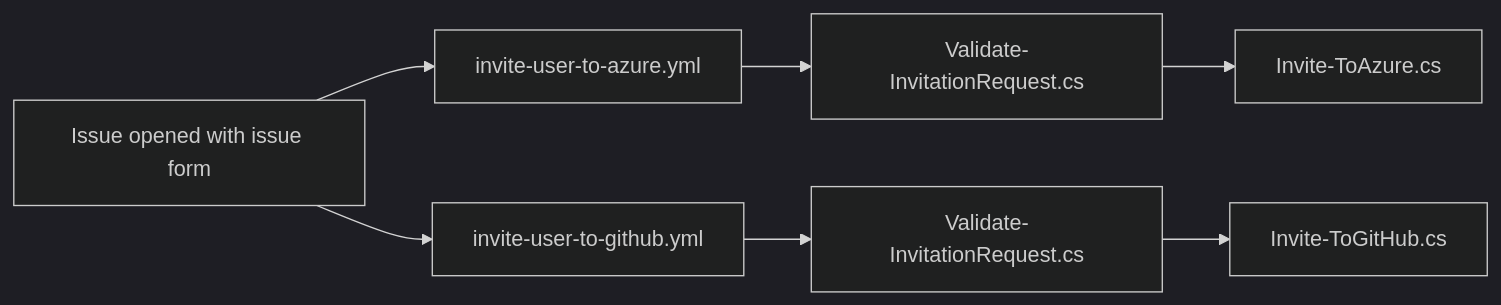
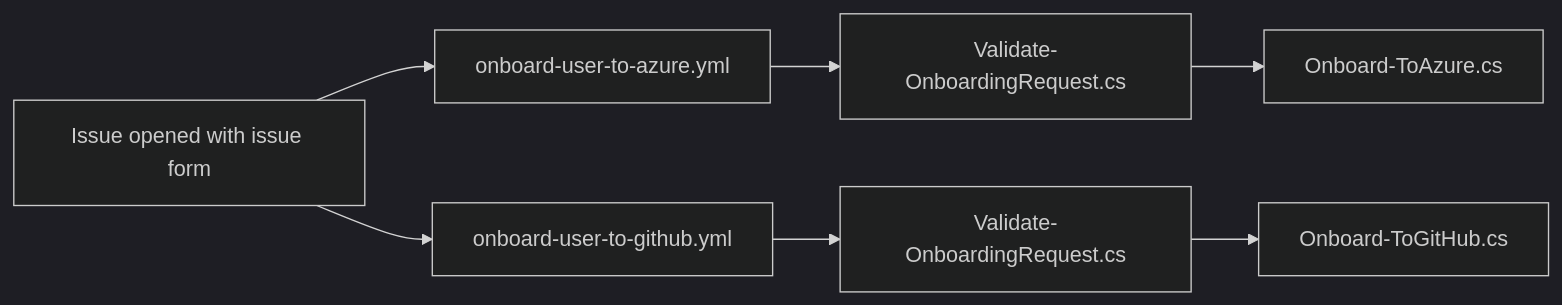
The diagram in README.md (devrel-kr/invitation), drawn with Mermaid (dark theme) before and after one commit. The commit also changed other lines of this file and 24 other files, not shown here.

First line of the commit message:
Align onboarding request workflows and naming (#102)

````diff
--- a/README.md
+++ b/README.md
@@ -31,12 +33,12 @@
 ```mermaid
 flowchart LR
     A[Issue opened with issue form]
 
-    A --> B[invite-user-to-azure.yml]
-    B --> C[Validate-InvitationRequest.cs]
-    C --> D[Invite-ToAzure.cs]
+    A --> B[onboard-user-to-azure.yml]
+    B --> C[Validate-OnboardingRequest.cs]
+    C --> D[Onboard-ToAzure.cs]
 
-    A --> E[invite-user-to-github.yml]
-    E --> F[Validate-InvitationRequest.cs]
-    F --> G[Invite-ToGitHub.cs]
+    A --> E[onboard-user-to-github.yml]
+    E --> F[Validate-OnboardingRequest.cs]
+    F --> G[Onboard-ToGitHub.cs]
 ```
````
